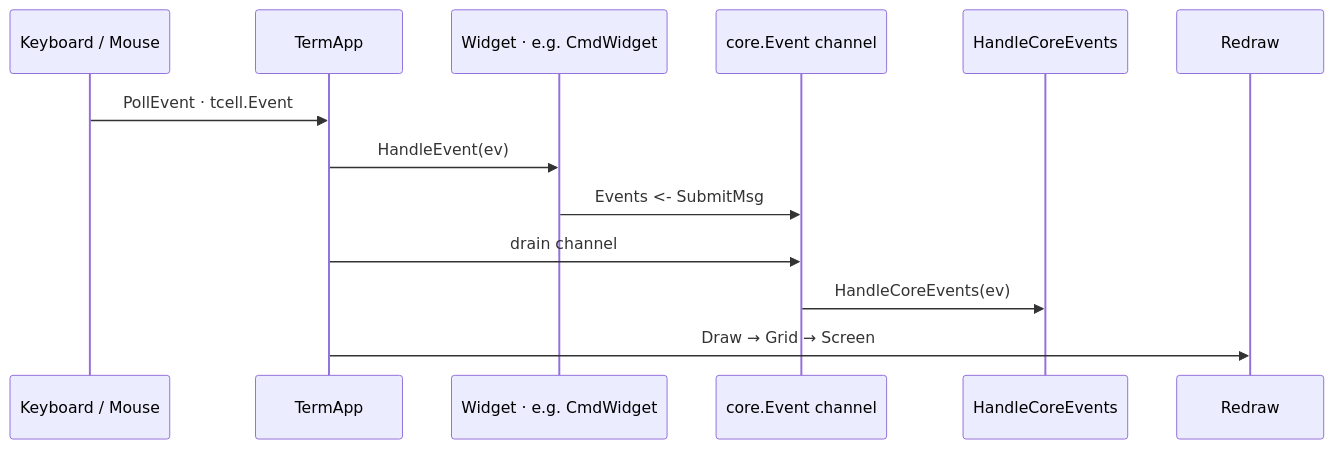
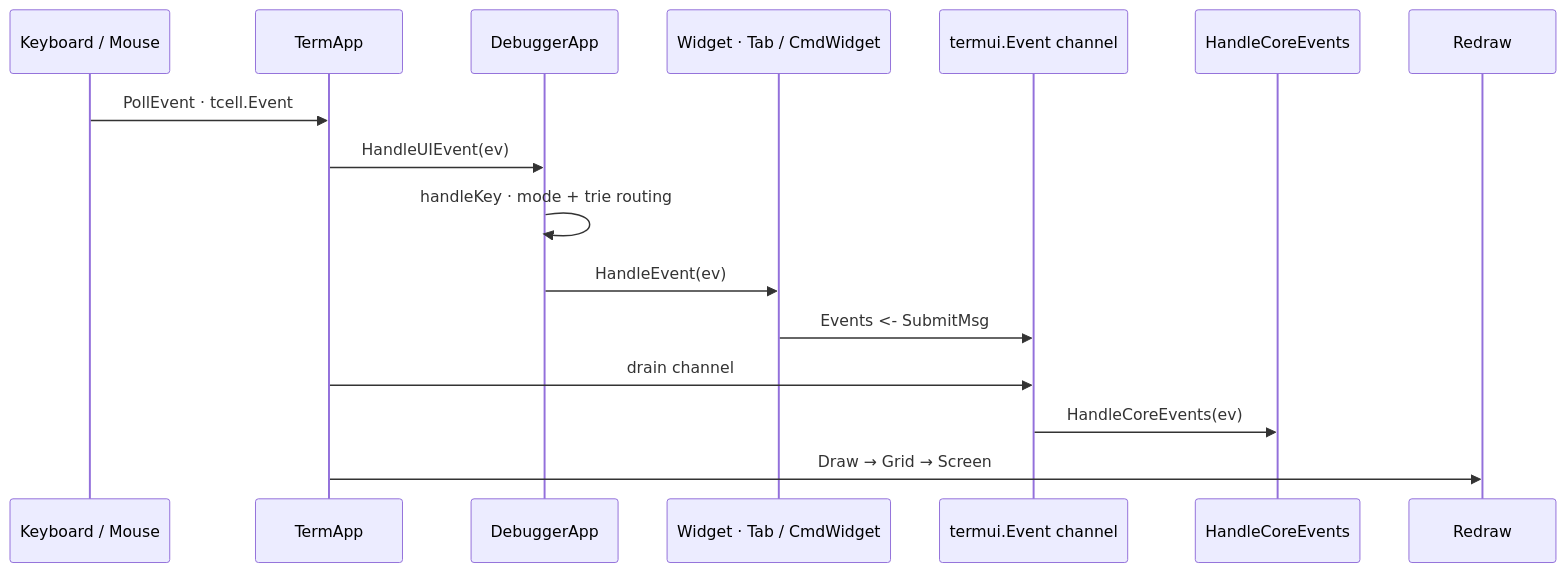
Before and after one commit to yairgd/gdbforge: the first of 4 diagrams in docs/INPUT.md, drawn with Mermaid. The commit also changed other lines of this file and 18 other files, not shown here.

````diff
--- a/docs/INPUT.md
+++ b/docs/INPUT.md
@@ -31,16 +35,19 @@
 ```mermaid
 sequenceDiagram
     participant Input as Keyboard / Mouse
     participant App as TermApp
-    participant Widget as Widget · e.g. CmdWidget
-    participant Bus as core.Event channel
+    participant Dbg as DebuggerApp
+    participant Widget as Widget · Tab / CmdWidget
+    participant Bus as termui.Event channel
     participant Core as HandleCoreEvents
     participant Render as Redraw
 
     Input ->> App: PollEvent · tcell.Event
-    App ->> Widget: HandleEvent(ev)
+    App ->> Dbg: HandleUIEvent(ev)
+    Dbg ->> Dbg: handleKey · mode + trie routing
+    Dbg ->> Widget: HandleEvent(ev)
     Widget ->> Bus: Events <- SubmitMsg
     App ->> Bus: drain channel
     Bus ->> Core: HandleCoreEvents(ev)
     App ->> Render: Draw → Grid → Screen
 ```
````
